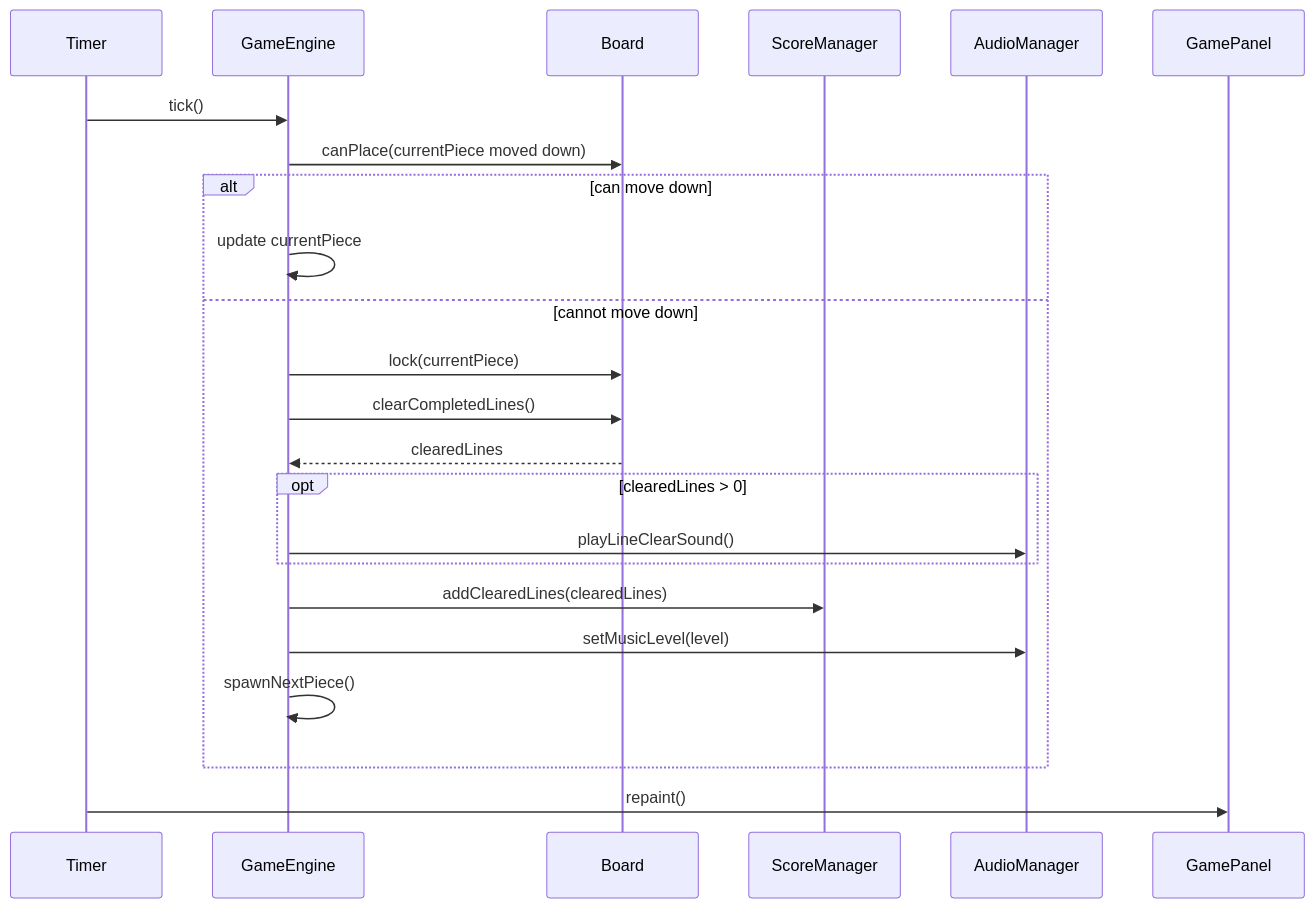
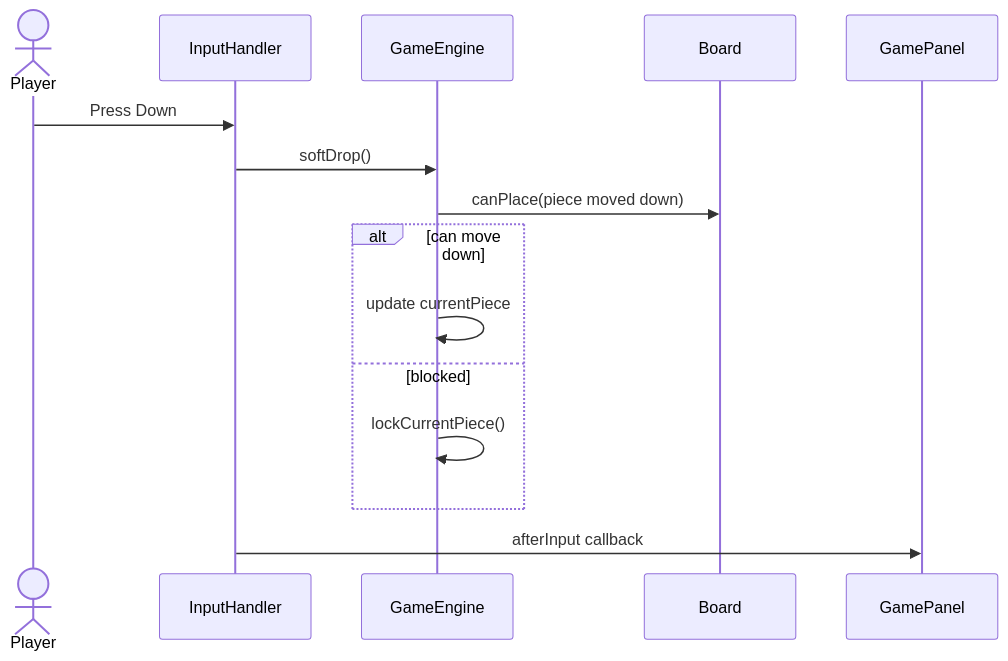
One commit to sheng-luen-chung/java-swing-tetris changed the fifth of 11 diagrams in docs/uml-class-design.md. Above: the diagram before and after it, drawn with Mermaid. The commit also changed other lines of this file, not shown here.

Commit message:
重構 UML scenario 文件

````diff
--- a/docs/uml-class-design.md
+++ b/docs/uml-class-design.md
@@ -257,26 +297,18 @@
 ```mermaid
 sequenceDiagram
-    participant Timer
+    actor Player
+    participant InputHandler
     participant GameEngine
     participant Board
-    participant ScoreManager
-    participant AudioManager
     participant GamePanel
 
-    Timer->>GameEngine: tick()
-    GameEngine->>Board: canPlace(currentPiece moved down)
+    Player->>InputHandler: Press Down
+    InputHandler->>GameEngine: softDrop()
+    GameEngine->>Board: canPlace(piece moved down)
     alt can move down
         GameEngine->>GameEngine: update currentPiece
-    else cannot move down
-        GameEngine->>Board: lock(currentPiece)
-        GameEngine->>Board: clearCompletedLines()
-        Board-->>GameEngine: clearedLines
-        opt clearedLines > 0
-            GameEngine->>AudioManager: playLineClearSound()
-        end
-        GameEngine->>ScoreManager: addClearedLines(clearedLines)
-        GameEngine->>AudioManager: setMusicLevel(level)
-        GameEngine->>GameEngine: spawnNextPiece()
+    else blocked
+        GameEngine->>GameEngine: lockCurrentPiece()
     end
-    Timer->>GamePanel: repaint()
+    InputHandler->>GamePanel: afterInput callback
 ```
````
